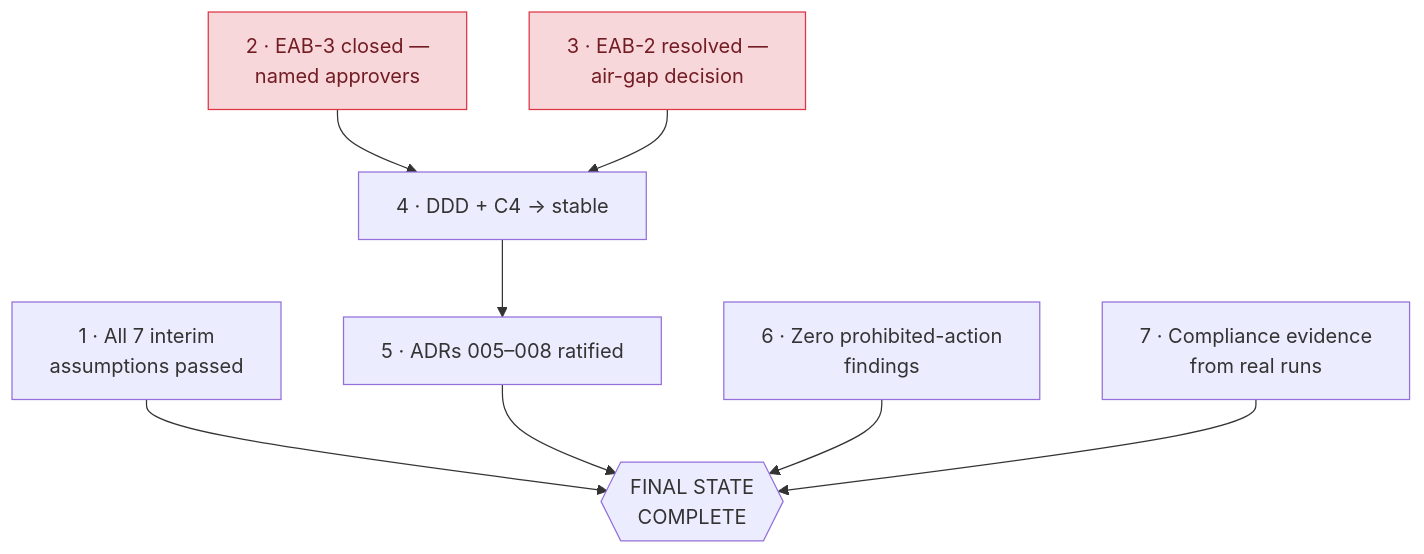
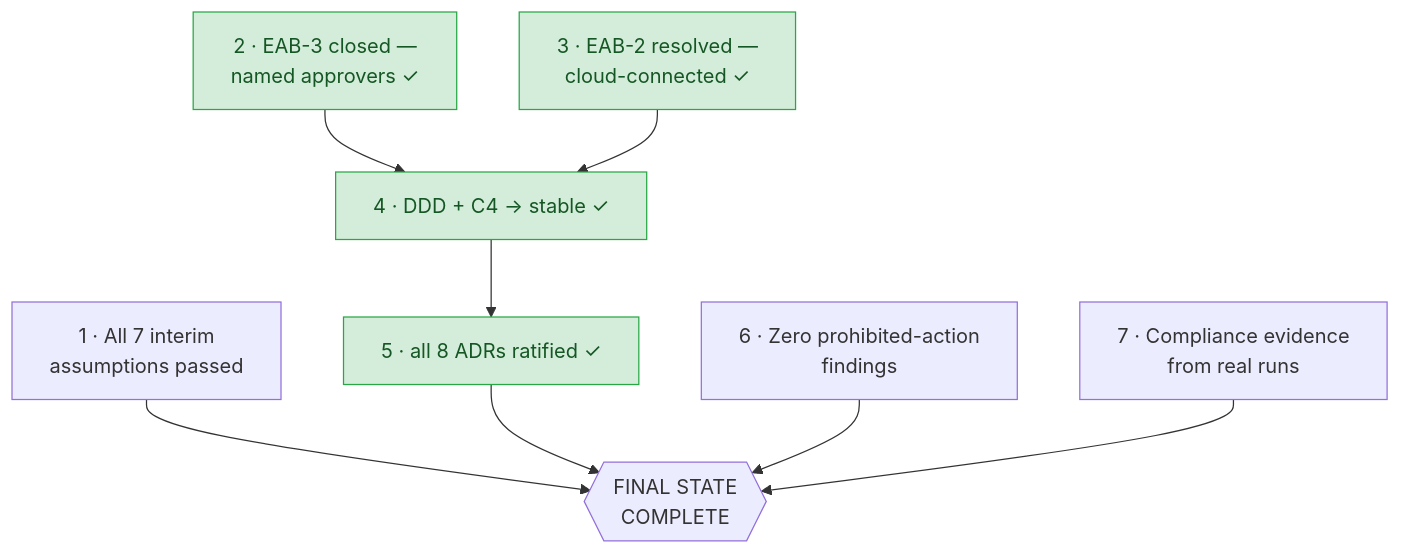
Before and after one commit to VenkataDineshPuranam/Team3_AEGIS_Pharma_Capstone_AgenticV2: the third of 3 diagrams in workshop/participant-output/08-graphical/final_state.md, drawn with Mermaid. The commit also changed other lines of this file and 26 other files, not shown here.

First line of the commit message:
Close EAB-2 (cloud-connected); ADR-007 accepted, C4 stable, review = pass

````diff
--- a/workshop/participant-output/08-graphical/final_state.md
+++ b/workshop/participant-output/08-graphical/final_state.md
@@ -115,21 +117,21 @@
 ```mermaid
 flowchart TB
     G1["1 · All 7 interim<br/>assumptions passed"]
-    G2["2 · EAB-3 closed —<br/>named approvers"]
-    G3["3 · EAB-2 resolved —<br/>air-gap decision"]
-    G4["4 · DDD + C4 → stable"]
-    G5["5 · ADRs 005–008 ratified"]
+    G2["2 · EAB-3 closed —<br/>named approvers ✓"]
+    G3["3 · EAB-2 resolved —<br/>cloud-connected ✓"]
+    G4["4 · DDD + C4 → stable ✓"]
+    G5["5 · all 8 ADRs ratified ✓"]
     G6["6 · Zero prohibited-action<br/>findings"]
     G7["7 · Compliance evidence<br/>from real runs"]
     DONE{{"FINAL STATE<br/>COMPLETE"}}
 
     G1 --> DONE
     G2 --> G4
     G3 --> G4
     G4 --> G5 --> DONE
     G6 --> DONE
     G7 --> DONE
 
-    classDef human fill:#f8d7da,stroke:#dc3545,color:#721c24
-    class G2,G3 human
+    classDef human fill:#d4edda,stroke:#28a745,color:#155724
+    class G2,G3,G4,G5 human
 ```
````
